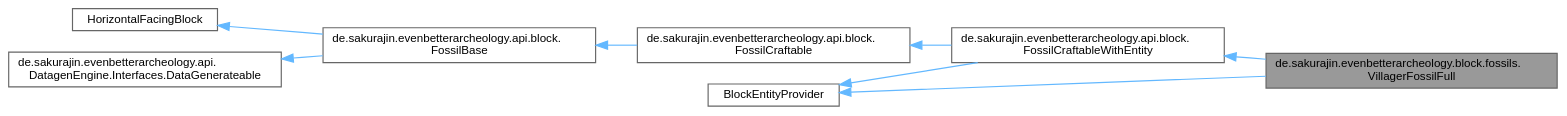
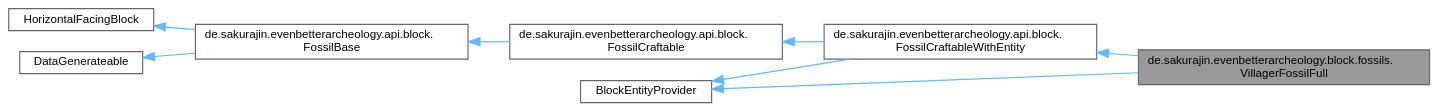
Before and after one commit to noah1510/EvenBetterArcheology: the diagram in classde_1_1sakurajin_1_1evenbetterarcheology_1_1block_1_1fossils_1_1VillagerFossilFull__inherit__graph.dot, drawn with Graphviz. The commit also changed 425 other files, not shown here.

```diff
--- a/classde_1_1sakurajin_1_1evenbetterarcheology_1_1block_1_1fossils_1_1VillagerFossilFull__inherit__graph.dot
+++ b/classde_1_1sakurajin_1_1evenbetterarcheology_1_1block_1_1fossils_1_1VillagerFossilFull__inherit__graph.dot
@@ -1,22 +1,22 @@
 digraph "de.sakurajin.evenbetterarcheology.block.fossils.VillagerFossilFull"
 {
  // LATEX_PDF_SIZE
   bgcolor="transparent";
   edge [fontname=Helvetica,fontsize=10,labelfontname=Helvetica,labelfontsize=10];
   node [fontname=Helvetica,fontsize=10,shape=box,height=0.2,width=0.4];
   rankdir="LR";
   Node1 [label="de.sakurajin.evenbetterarcheology.block.fossils.\lVillagerFossilFull",height=0.2,width=0.4,color="gray40", fillcolor="grey60", style="filled", fontcolor="black",tooltip=" "];
   Node2 -> Node1 [dir="back",color="steelblue1",style="solid"];
   Node2 [label="de.sakurajin.evenbetterarcheology.api.block.\lFossilCraftableWithEntity",height=0.2,width=0.4,color="gray40", fillcolor="white", style="filled",URL="$classde_1_1sakurajin_1_1evenbetterarcheology_1_1api_1_1block_1_1FossilCraftableWithEntity.html",tooltip=" "];
   Node3 -> Node2 [dir="back",color="steelblue1",style="solid"];
   Node3 [label="de.sakurajin.evenbetterarcheology.api.block.\lFossilCraftable",height=0.2,width=0.4,color="gray40", fillcolor="white", style="filled",URL="$classde_1_1sakurajin_1_1evenbetterarcheology_1_1api_1_1block_1_1FossilCraftable.html",tooltip=" "];
   Node4 -> Node3 [dir="back",color="steelblue1",style="solid"];
   Node4 [label="de.sakurajin.evenbetterarcheology.api.block.\lFossilBase",height=0.2,width=0.4,color="gray40", fillcolor="white", style="filled",URL="$classde_1_1sakurajin_1_1evenbetterarcheology_1_1api_1_1block_1_1FossilBase.html",tooltip=" "];
   Node5 -> Node4 [dir="back",color="steelblue1",style="solid"];
   Node5 [label="HorizontalFacingBlock",height=0.2,width=0.4,color="gray40", fillcolor="white", style="filled",tooltip=" "];
   Node6 -> Node4 [dir="back",color="steelblue1",style="solid"];
-  Node6 [label="de.sakurajin.evenbetterarcheology.api.\lDatagenEngine.Interfaces.DataGenerateable",height=0.2,width=0.4,color="gray40", fillcolor="white", style="filled",URL="$interfacede_1_1sakurajin_1_1evenbetterarcheology_1_1api_1_1DatagenEngine_1_1Interfaces_1_1DataGenerateable.html",tooltip=" "];
+  Node6 [label="DataGenerateable",height=0.2,width=0.4,color="gray40", fillcolor="white", style="filled",tooltip=" "];
   Node7 -> Node2 [dir="back",color="steelblue1",style="solid"];
   Node7 [label="BlockEntityProvider",height=0.2,width=0.4,color="gray40", fillcolor="white", style="filled",tooltip=" "];
   Node7 -> Node1 [dir="back",color="steelblue1",style="solid"];
 }
```
